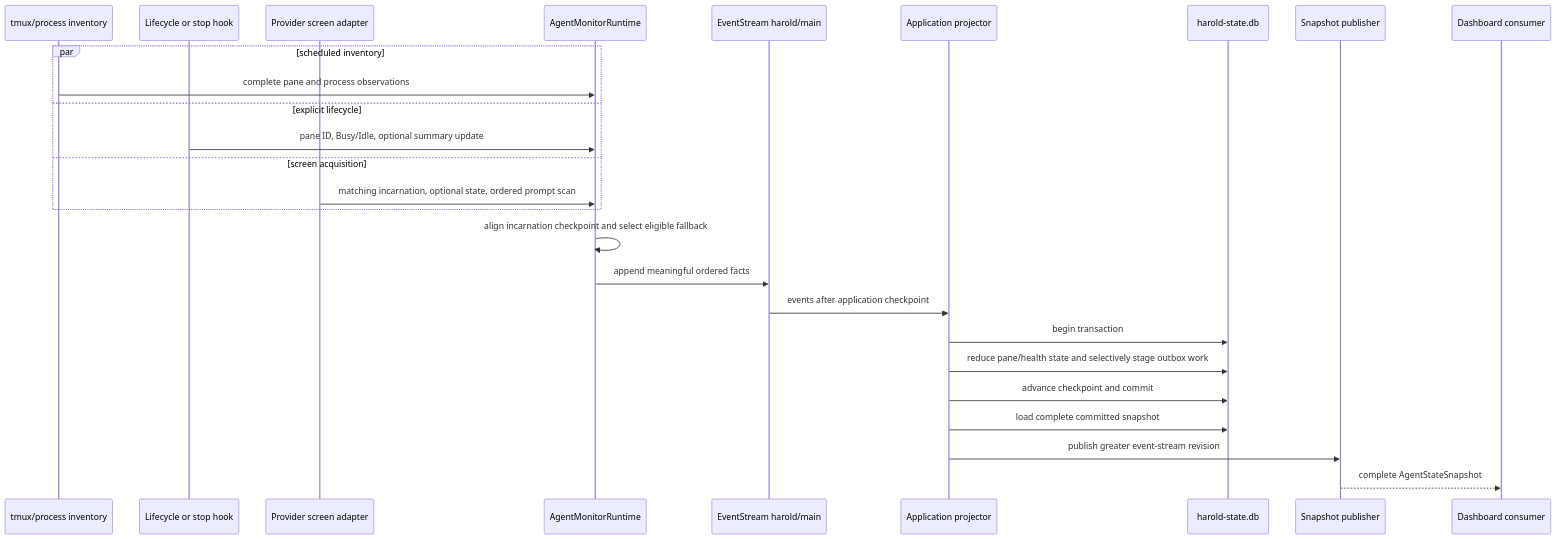
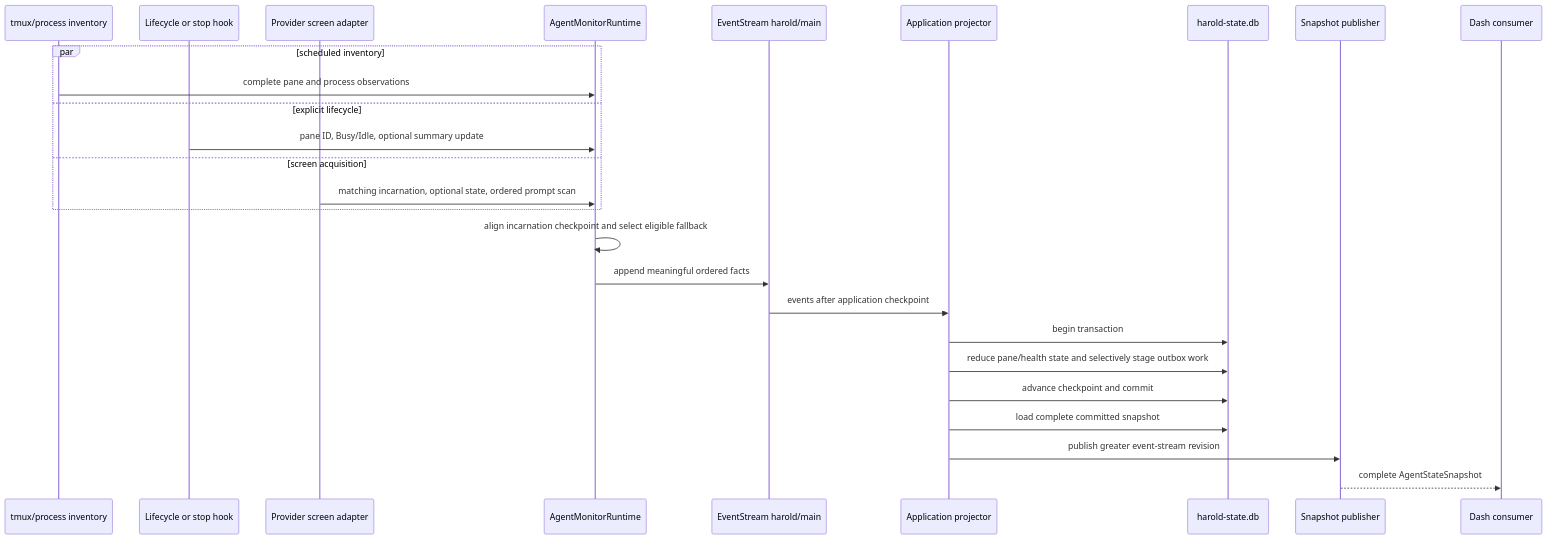
The first of 2 diagrams in docs/references/agent-monitor/README.md (kahgeh/harold), drawn with Mermaid before and after one commit. The commit also changed other lines of this file and 14 other files, not shown here.

````diff
--- a/docs/references/agent-monitor/README.md
+++ b/docs/references/agent-monitor/README.md
@@ -64,29 +64,29 @@
 ```mermaid
 sequenceDiagram
     participant Inventory as tmux/process inventory
     participant Hook as Lifecycle or stop hook
     participant Screen as Provider screen adapter
     participant Runtime as AgentMonitorRuntime
     participant Events as EventStream harold/main
     participant Projector as Application projector
     participant StateDB as harold-state.db
     participant Hub as Snapshot publisher
-    participant Dashboard as Dashboard consumer
+    participant Dash as Dash consumer
 
     par scheduled inventory
         Inventory->>Runtime: complete pane and process observations
     and explicit lifecycle
         Hook->>Runtime: pane ID, Busy/Idle, optional summary update
     and screen acquisition
         Screen->>Runtime: matching incarnation, optional state, ordered prompt scan
     end
     Runtime->>Runtime: align incarnation checkpoint and select eligible fallback
     Runtime->>Events: append meaningful ordered facts
     Events->>Projector: events after application checkpoint
     Projector->>StateDB: begin transaction
     Projector->>StateDB: reduce pane/health state and selectively stage outbox work
     Projector->>StateDB: advance checkpoint and commit
     Projector->>StateDB: load complete committed snapshot
     Projector->>Hub: publish greater event-stream revision
-    Hub-->>Dashboard: complete AgentStateSnapshot
+    Hub-->>Dash: complete AgentStateSnapshot
 ```
````
